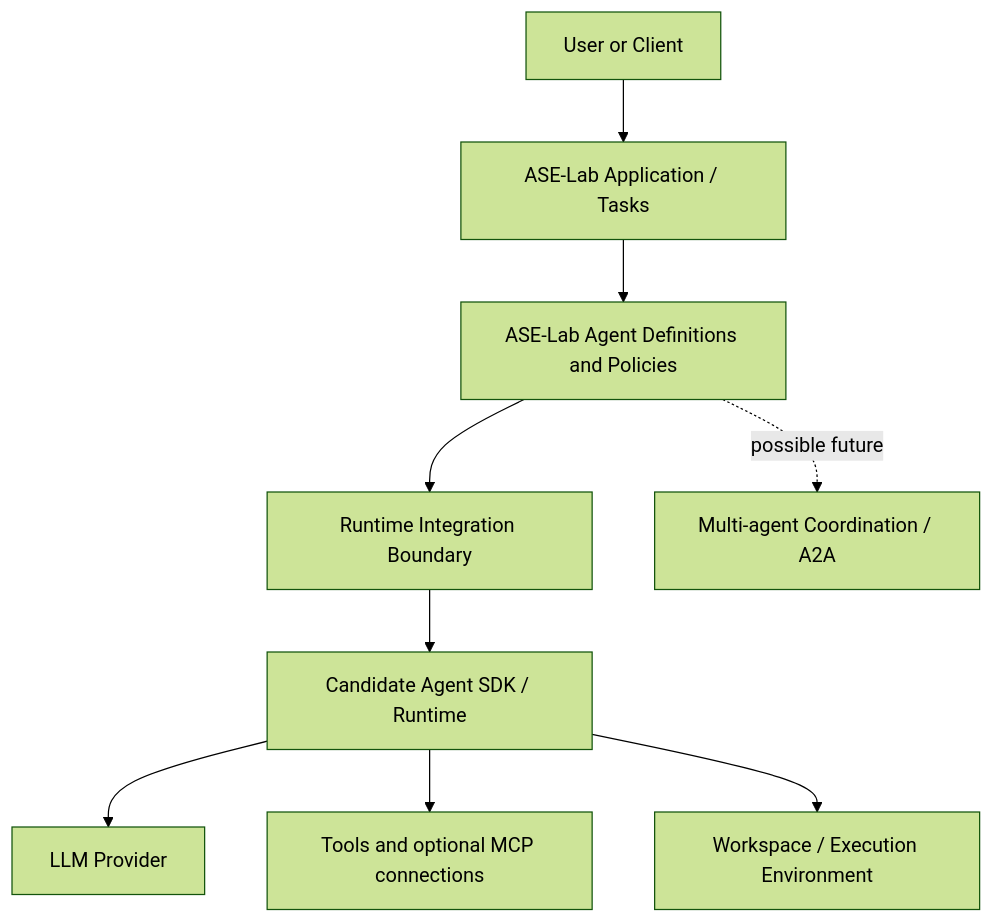
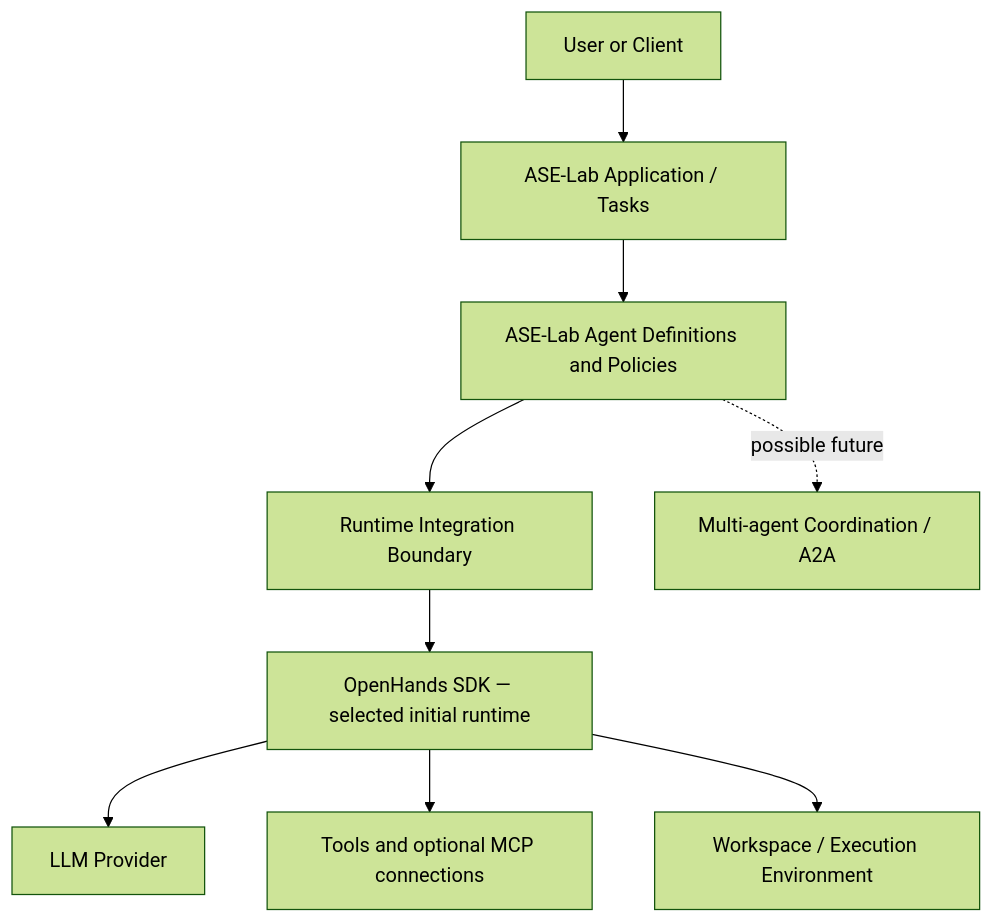
Before and after one commit to askarkafi/ASE-Lab: the diagram in docs/architecture/conceptual-architecture.md, drawn with Mermaid (forest theme). The commit also changed other lines of this file and 12 other files, not shown here.

````diff
--- a/docs/architecture/conceptual-architecture.md
+++ b/docs/architecture/conceptual-architecture.md
@@ -7,11 +7,11 @@
 ```mermaid
 flowchart TD
     User[User or Client] --> App[ASE-Lab Application / Tasks]
     App --> Agent[ASE-Lab Agent Definitions and Policies]
     Agent --> Boundary[Runtime Integration Boundary]
-    Boundary --> Runtime[Candidate Agent SDK / Runtime]
+    Boundary --> Runtime[OpenHands SDK — selected initial runtime]
     Runtime --> Model[LLM Provider]
     Runtime --> Tools[Tools and optional MCP connections]
     Runtime --> Environment[Workspace / Execution Environment]
     Agent -. possible future .-> Coordination[Multi-agent Coordination / A2A]
 ```
````
